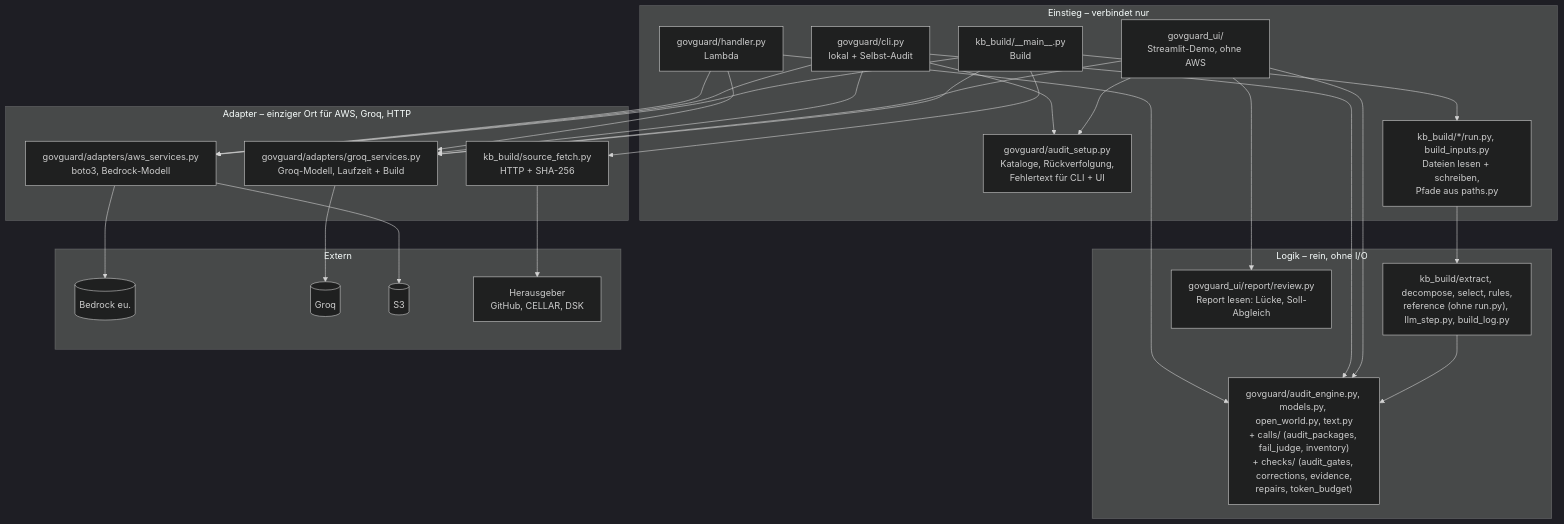
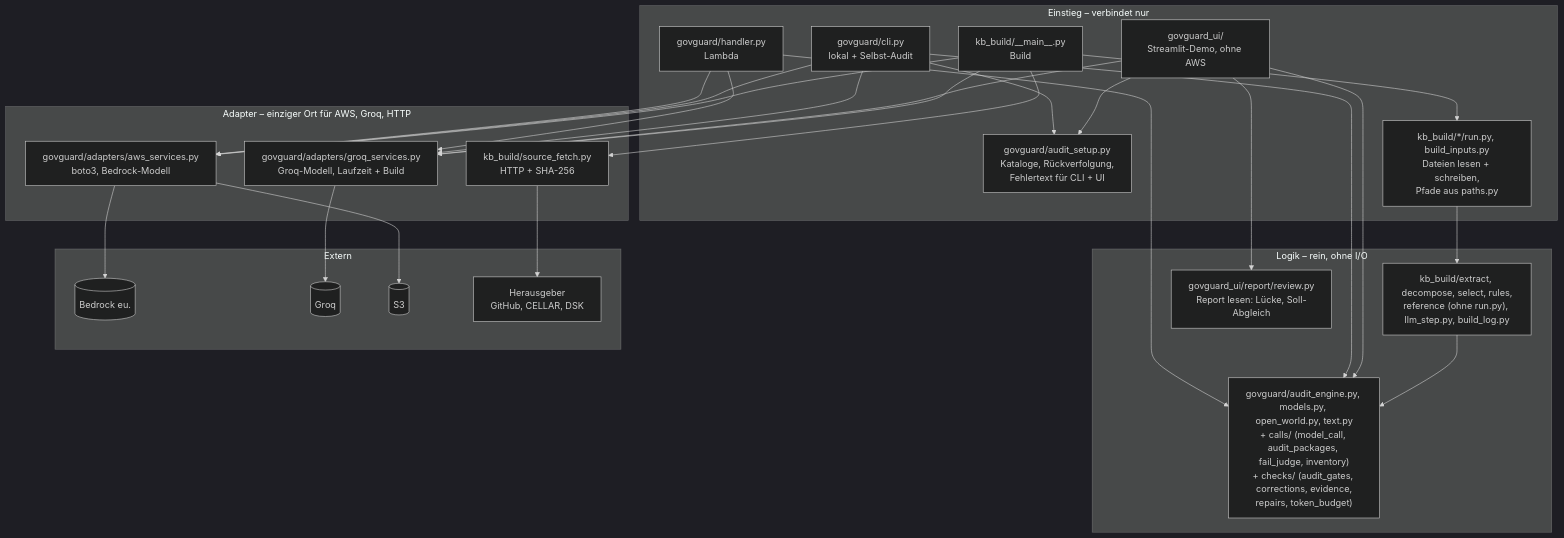
The fourth of 4 diagrams in docs/ARCHITECTURE.md (Daniel74/GovGuard), drawn with Mermaid (dark theme) before and after one commit. The commit also changed other lines of this file and 10 other files, not shown here.

````diff
--- a/docs/ARCHITECTURE.md
+++ b/docs/ARCHITECTURE.md
@@ -252,38 +252,38 @@
 ```mermaid
 flowchart TB
   subgraph E["Einstieg – verbindet nur"]
     H["govguard/handler.py<br/>Lambda"]
     C["govguard/cli.py<br/>lokal + Selbst-Audit"]
     U["govguard_ui/<br/>Streamlit-Demo, ohne AWS"]
     S["govguard/audit_setup.py<br/>Kataloge, Rückverfolgung,<br/>Fehlertext für CLI + UI"]
     M["kb_build/__main__.py<br/>Build"]
     R["kb_build/*/run.py, build_inputs.py<br/>Dateien lesen + schreiben,<br/>Pfade aus paths.py"]
   end
   subgraph L["Logik – rein, ohne I/O"]
-    AE["govguard/audit_engine.py, models.py, open_world.py, text.py<br/>+ calls/ (audit_packages, fail_judge, inventory)<br/>+ checks/ (audit_gates, corrections, evidence,<br/>repairs, token_budget)"]
+    AE["govguard/audit_engine.py, models.py, open_world.py, text.py<br/>+ calls/ (model_call, audit_packages, fail_judge, inventory)<br/>+ checks/ (audit_gates, corrections, evidence,<br/>repairs, token_budget)"]
     KB["kb_build/extract, decompose, select, rules,<br/>reference (ohne run.py), llm_step.py, build_log.py"]
     RV["govguard_ui/report/review.py<br/>Report lesen: Lücke, Soll-Abgleich"]
   end
   subgraph A["Adapter – einziger Ort für AWS, Groq, HTTP"]
     AWS["govguard/adapters/aws_services.py<br/>boto3, Bedrock-Modell"]
     GQ["govguard/adapters/groq_services.py<br/>Groq-Modell, Laufzeit + Build"]
     FE["kb_build/source_fetch.py<br/>HTTP + SHA-256"]
   end
   subgraph X["Extern"]
     B[("Bedrock eu.")]
     G[("Groq")]
     S3[("S3")]
     HG["Herausgeber<br/>GitHub, CELLAR, DSK"]
   end
   H & C & U --> AE
   H & C --> AWS
   H & C & U --> GQ
   C & U --> S
   U --> RV
   M --> R --> KB
   M --> AWS & GQ & FE
   KB --> AE
   AWS --> B & S3
   GQ --> G
   FE --> HG
 ```
````
